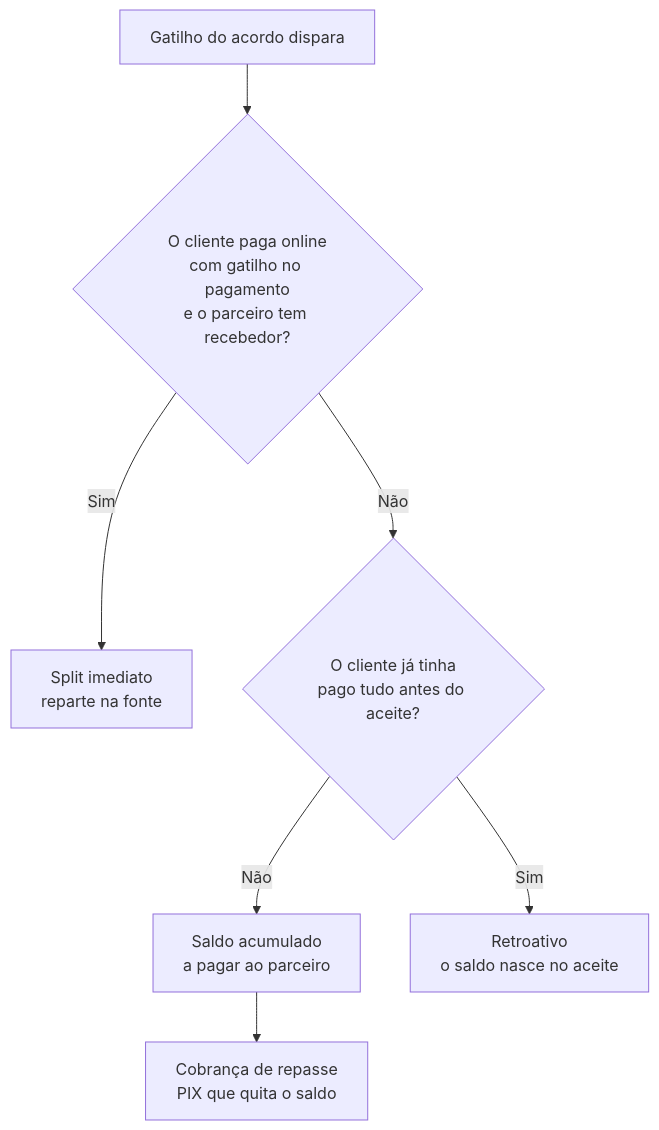
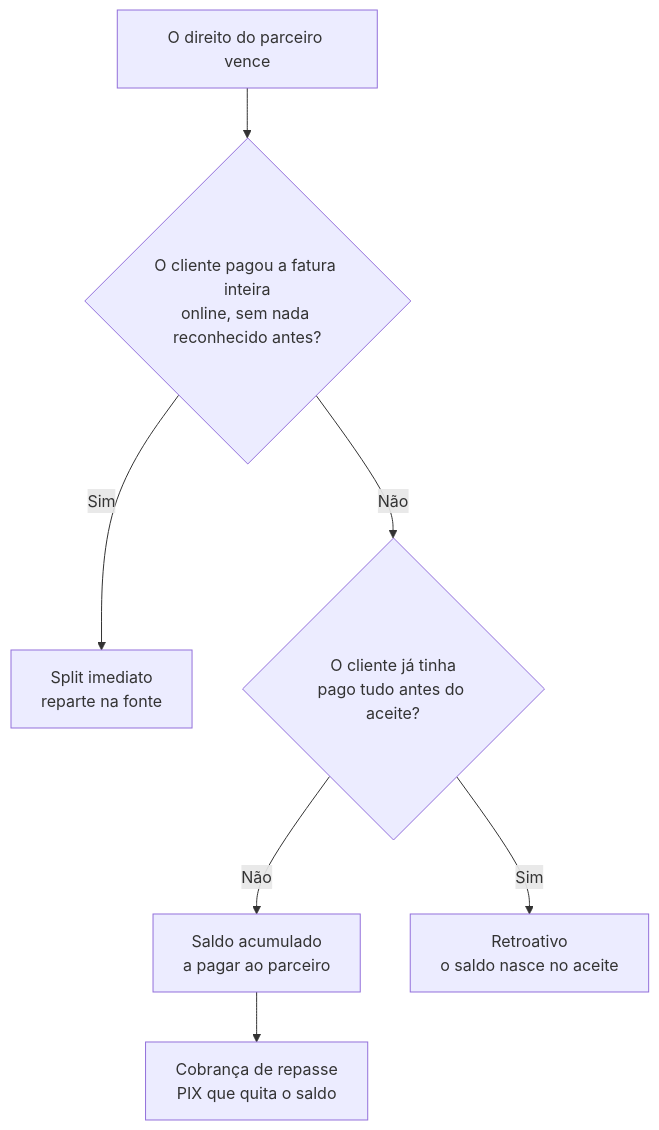
The second of 2 diagrams in parcerias/dinheiro-da-parceria.md (LocFlowTeam/locflow-docs), drawn with Mermaid before and after one commit. The commit also changed other lines of this file and 32 other files, not shown here.

````diff
--- a/parcerias/dinheiro-da-parceria.md
+++ b/parcerias/dinheiro-da-parceria.md
@@ -65,9 +149,9 @@
 ```mermaid
 flowchart TD
-    G[Gatilho do acordo dispara] --> Q1{O cliente paga online<br/>com gatilho no pagamento<br/>e o parceiro tem recebedor?}
+    G[O direito do parceiro vence] --> Q1{O cliente pagou a fatura inteira<br/>online, sem nada reconhecido antes?}
     Q1 -->|Sim| S[Split imediato<br/>reparte na fonte]
     Q1 -->|Não| Q2{O cliente já tinha<br/>pago tudo antes do aceite?}
     Q2 -->|Não| A[Saldo acumulado<br/>a pagar ao parceiro]
     Q2 -->|Sim| R[Retroativo<br/>o saldo nasce no aceite]
     A --> C[Cobrança de repasse<br/>PIX que quita o saldo]
 ```
````
